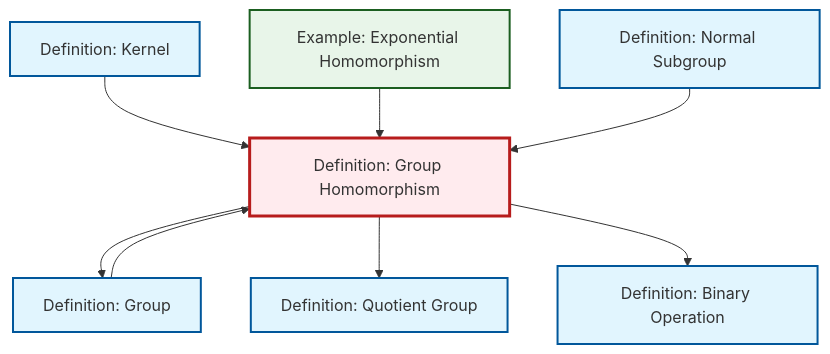
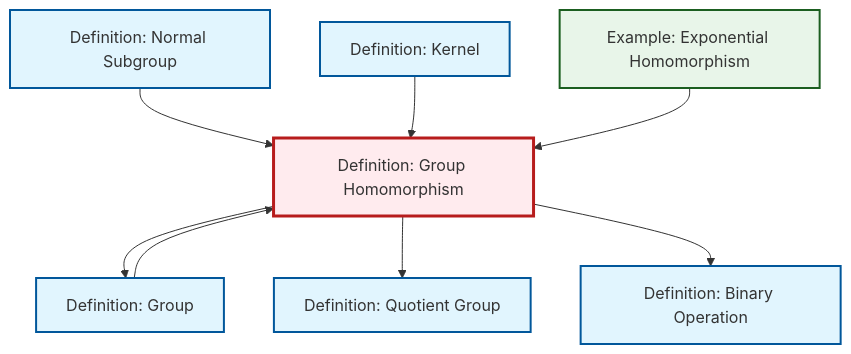
Before and after one commit to RK0429/ModernMath: the diagram in content/ja/algebra/def-homomorphism.qmd, drawn with Mermaid. The commit also changed other lines of this file and 417 other files, not shown here.

````diff
--- a/content/ja/algebra/def-homomorphism.qmd
+++ b/content/ja/algebra/def-homomorphism.qmd
@@ -65,30 +65,30 @@
 ```{mermaid}
 %%| fig-cap: "Local dependency graph"
 graph TD
     classDef definition fill:#e1f5fe,stroke:#01579b,stroke-width:2px
     classDef theorem fill:#f3e5f5,stroke:#4a148c,stroke-width:2px
     classDef axiom fill:#fff3e0,stroke:#e65100,stroke-width:2px
     classDef example fill:#e8f5e9,stroke:#1b5e20,stroke-width:2px
     classDef current fill:#ffebee,stroke:#b71c1c,stroke-width:3px
+    def-kernel["Definition: Kernel"]:::definition
+    def-homomorphism["Definition: Group Homomorphism"]:::definition
+    def-normal-subgroup["Definition: Normal Subgroup"]:::definition
+    def-binary-operation["Definition: Binary Operation"]:::definition
     ex-exponential-homomorphism["Example: Exponential Homomorphism"]:::example
-    def-normal-subgroup["Definition: Normal Subgroup"]:::definition
-    def-kernel["Definition: Kernel"]:::definition
+    def-quotient-group["Definition: Quotient Group"]:::definition
     def-group["Definition: Group"]:::definition
-    def-homomorphism["Definition: Group Homomorphism"]:::definition
-    def-quotient-group["Definition: Quotient Group"]:::definition
-    def-binary-operation["Definition: Binary Operation"]:::definition
+    def-normal-subgroup --> def-homomorphism
     def-homomorphism --> def-group
     def-kernel --> def-homomorphism
+    ex-exponential-homomorphism --> def-homomorphism
+    def-homomorphism --> def-quotient-group
     def-group --> def-homomorphism
-    def-homomorphism --> def-quotient-group
-    ex-exponential-homomorphism --> def-homomorphism
     def-homomorphism --> def-binary-operation
-    def-normal-subgroup --> def-homomorphism
     class def-homomorphism current
+    click def-kernel "def-kernel.html" "Definition: Kernelへ"
+    click def-normal-subgroup "def-normal-subgroup.html" "Definition: Normal Subgroupへ"
+    click def-binary-operation "def-binary-operation.html" "Definition: Binary Operationへ"
     click ex-exponential-homomorphism "ex-exponential-homomorphism.html" "Example: Exponential Homomorphismへ"
-    click def-normal-subgroup "def-normal-subgroup.html" "Definition: Normal Subgroupへ"
-    click def-kernel "def-kernel.html" "Definition: Kernelへ"
+    click def-quotient-group "def-quotient-group.html" "Definition: Quotient Groupへ"
     click def-group "def-group.html" "Definition: Groupへ"
-    click def-quotient-group "def-quotient-group.html" "Definition: Quotient Groupへ"
-    click def-binary-operation "def-binary-operation.html" "Definition: Binary Operationへ"
 ```
````
